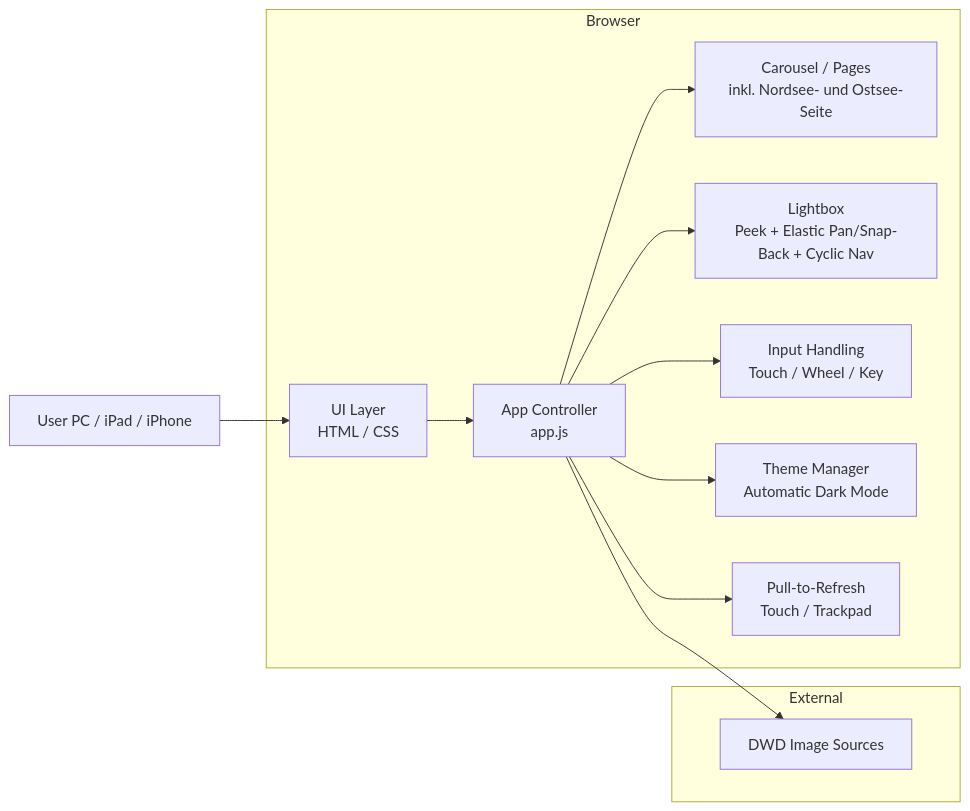
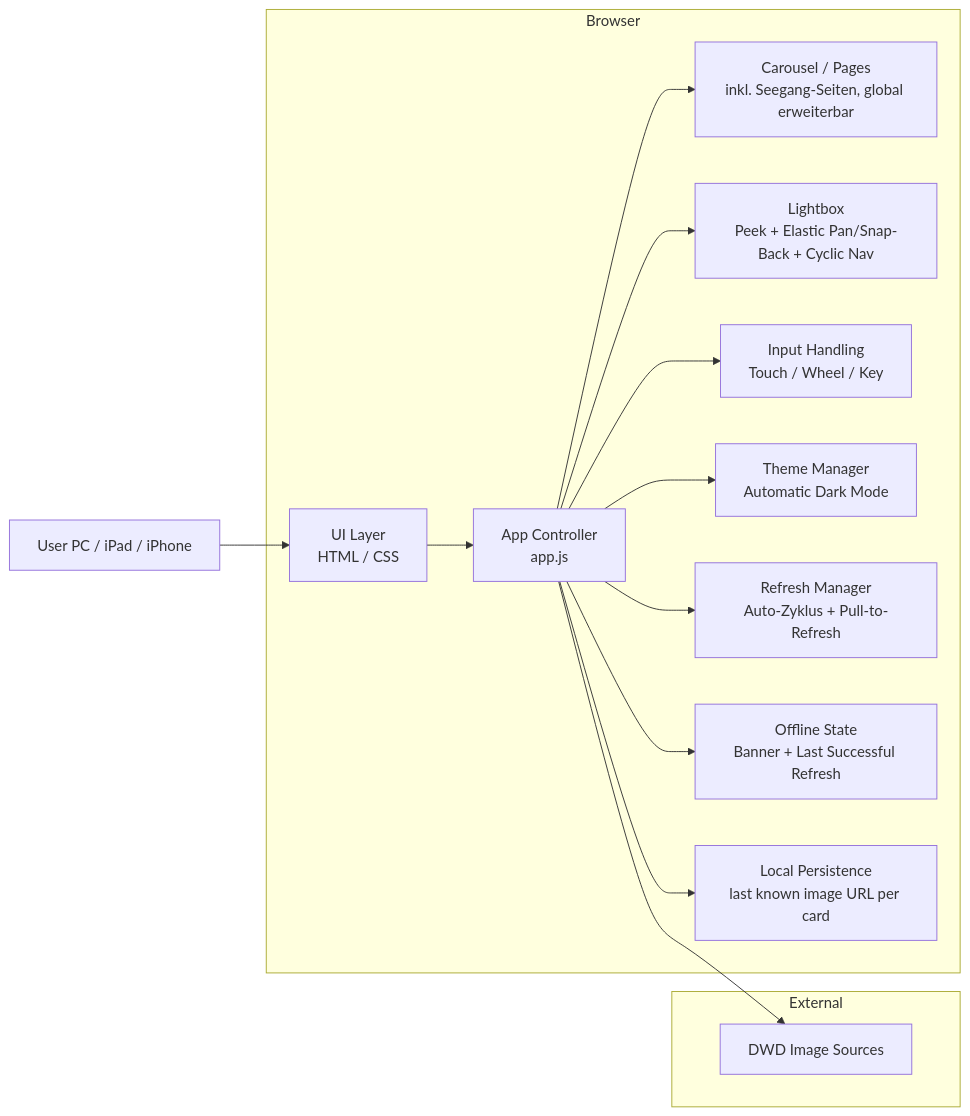
Before and after one commit to w465jt7pm9-cpu/dwd-dashboard: the diagram in docs/Gesamtarchitektur.md, drawn with Mermaid. The commit also changed other lines of this file and 1 other file, not shown here.

Commit message:
docs: clarify architecture and UI for global sea cycle and offline persistence

````diff
--- a/docs/Gesamtarchitektur.md
+++ b/docs/Gesamtarchitektur.md
@@ -3,24 +6,28 @@
 ```mermaid
 flowchart LR
   User[User PC / iPad / iPhone]
   subgraph Browser
     UI[UI Layer<br/>HTML / CSS]
     App[App Controller<br/>app.js]
-    Carousel[Carousel / Pages<br/>inkl. Nordsee- und Ostsee-Seite]
+    Carousel[Carousel / Pages<br/>inkl. Seegang-Seiten, global erweiterbar]
     Lightbox[Lightbox<br/>Peek + Elastic Pan/Snap-Back + Cyclic Nav]
     Gestures[Input Handling<br/>Touch / Wheel / Key]
     Theme[Theme Manager<br/>Automatic Dark Mode]
-    Refresh[Pull-to-Refresh<br/>Touch / Trackpad]
+    Refresh[Refresh Manager<br/>Auto-Zyklus + Pull-to-Refresh]
+    OfflineState[Offline State<br/>Banner + Last Successful Refresh]
+    Persistence[Local Persistence<br/>last known image URL per card]
   end
   subgraph External
     DWD[DWD Image Sources]
   end
   User --> UI
   UI --> App
   App --> Carousel
   App --> Lightbox
   App --> Gestures
   App --> Theme
   App --> Refresh
+  App --> OfflineState
+  App --> Persistence
   App --> DWD
 ```
````
